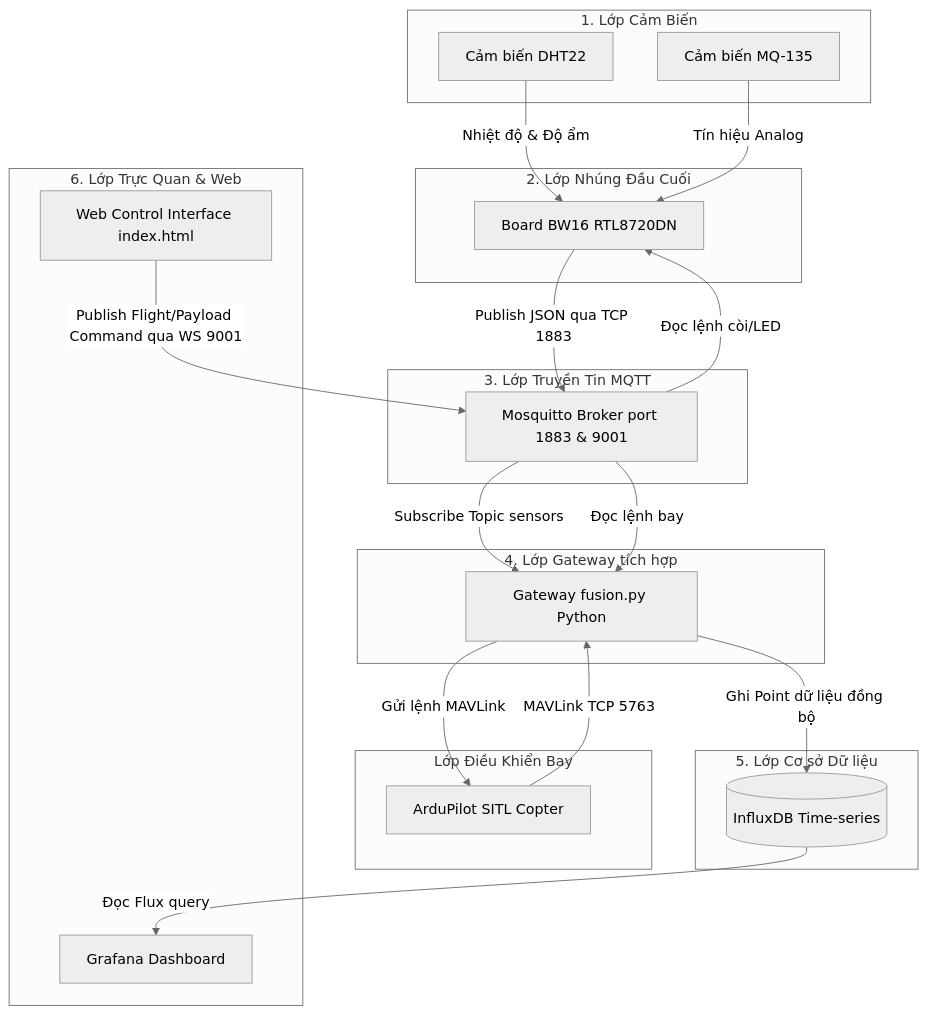
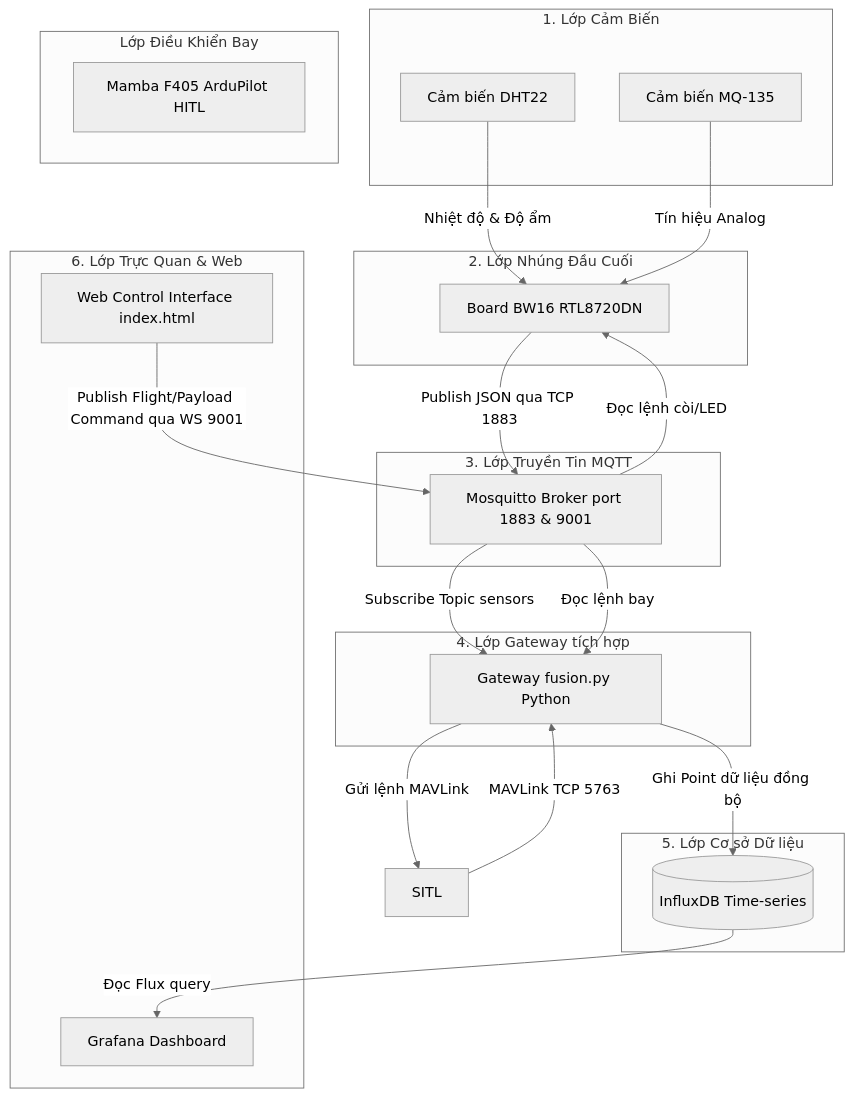
The first of 2 diagrams in Phase5_Operations/academic_report.md (KH4NHTU0NG/IOT102_DRONE-PROJECT), drawn with Mermaid (neutral theme) before and after one commit. The commit also changed other lines of this file and 6 other files, not shown here.

First line of the commit message:
Refactor: Transition system from SITL to HITL (Mamba F405)

````diff
--- a/Phase5_Operations/academic_report.md
+++ b/Phase5_Operations/academic_report.md
@@ -30,51 +30,51 @@
 ```mermaid
 graph TD
     subgraph Lớp_Cảm_Biến [1. Lớp Cảm Biến]
         DHT22[Cảm biến DHT22]
         MQ135[Cảm biến MQ-135]
     end
 
     subgraph Lớp_Phần_Cứng [2. Lớp Nhúng Đầu Cuối]
         BW16[Board BW16 RTL8720DN]
     end
 
     subgraph Lớp_Môi_Giới [3. Lớp Truyền Tin MQTT]
         Broker[Mosquitto Broker port 1883 & 9001]
     end
 
-    subgraph Lớp_Mô_Phỏng [Lớp Điều Khiển Bay]
-        SITL[ArduPilot SITL Copter]
+    subgraph Lớp_Bay_Thật [Lớp Điều Khiển Bay]
+        FC[Mamba F405 ArduPilot HITL]
     end
 
     subgraph Lớp_Gateway [4. Lớp Gateway tích hợp]
         Fusion[Gateway fusion.py Python]
     end
 
     subgraph Lớp_Dữ_Liệu [5. Lớp Cơ sở Dữ liệu]
         InfluxDB[(InfluxDB Time-series)]
     end
 
     subgraph Lớp_Ứng_Dụng [6. Lớp Trực Quan & Web]
         Grafana[Grafana Dashboard]
         WebControl[Web Control Interface index.html]
     end
 
     %% Luồng dữ liệu cảm biến
     DHT22 -->|Nhiệt độ & Độ ẩm| BW16
     MQ135 -->|Tín hiệu Analog| BW16
     BW16 -->|Publish JSON qua TCP 1883| Broker
     Broker -->|Subscribe Topic sensors| Fusion
     
     %% Luồng dữ liệu bay
     SITL -->|MAVLink TCP 5763| Fusion
     
     %% Tích hợp và lưu trữ
     Fusion -->|Ghi Point dữ liệu đồng bộ| InfluxDB
     InfluxDB -->|Đọc Flux query| Grafana
     
     %% Luồng điều khiển Web
     WebControl -->|Publish Flight/Payload Command qua WS 9001| Broker
     Broker -->|Đọc lệnh bay| Fusion
     Broker -->|Đọc lệnh còi/LED| BW16
     Fusion -->|Gửi lệnh MAVLink| SITL
 ```
````
